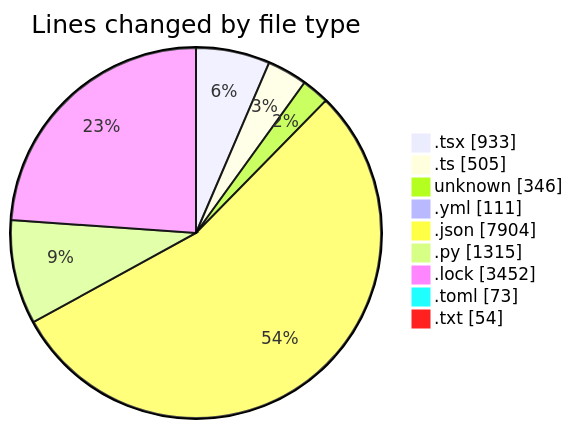
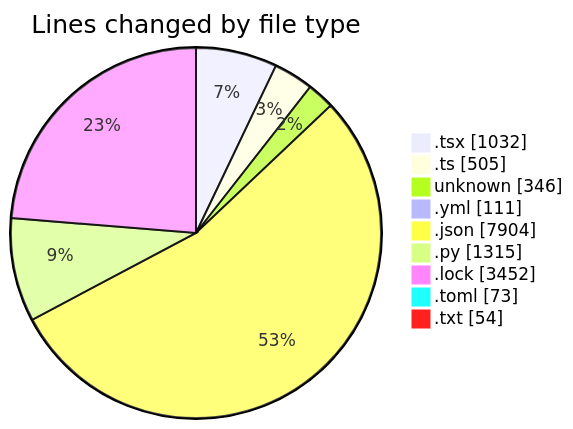
The first of 2 diagrams in 2025-05-20/niten/README.md (Elitesun/code-tracking), drawn with Mermaid before and after one commit. The commit also changed other lines of this file and 1 other file, not shown here.

````diff
--- a/2025-05-20/niten/README.md
+++ b/2025-05-20/niten/README.md
@@ -51,13 +52,13 @@
 ```mermaid
 pie showData
 title Lines changed by file type
-".tsx" : 933
+".tsx" : 1032
 ".ts" : 505
 "unknown" : 346
 ".yml" : 111
 ".json" : 7904
 ".py" : 1315
 ".lock" : 3452
 ".toml" : 73
 ".txt" : 54
 ```
````
